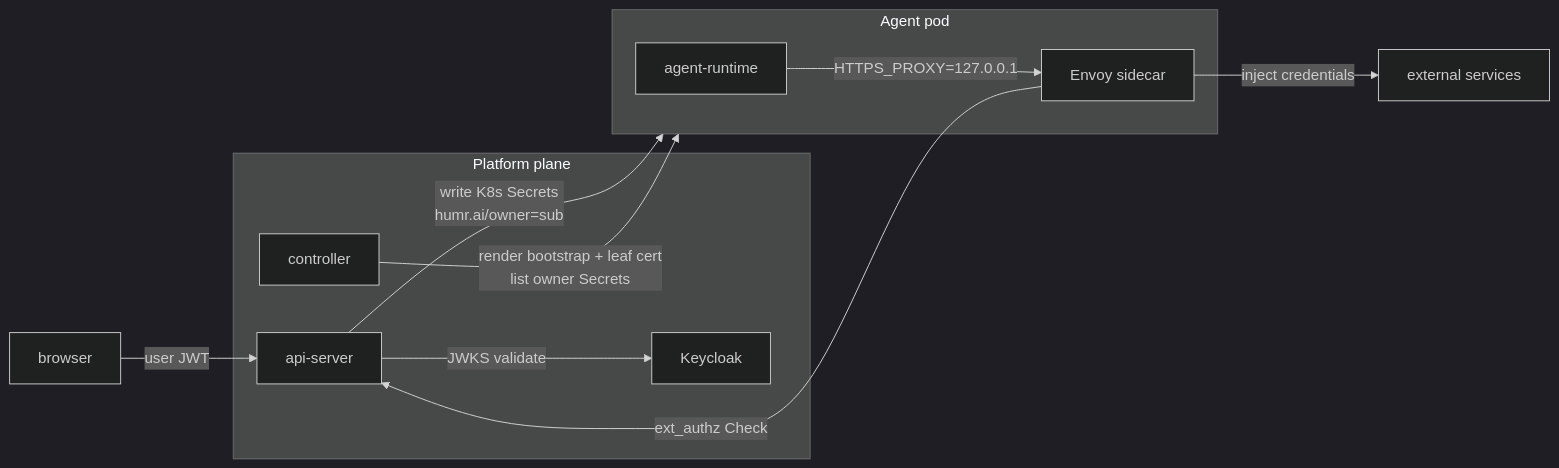
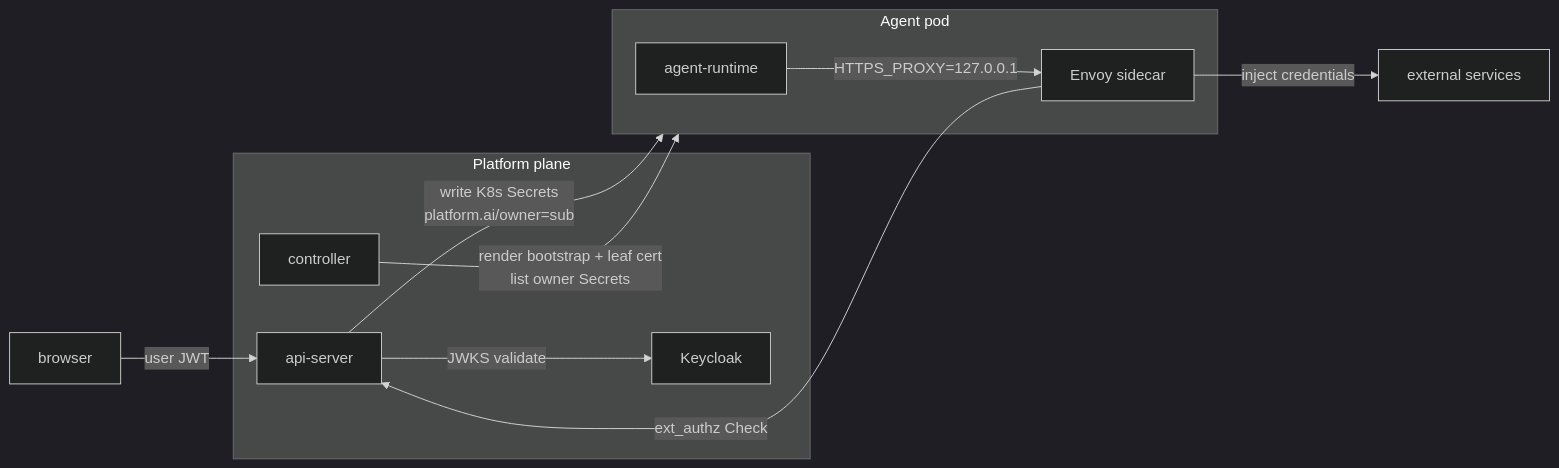
Before and after one commit to subbyte/dam: the diagram in docs/architecture/security-and-credentials.md, drawn with Mermaid (dark theme). The commit also changed other lines of this file and 272 other files, not shown here.

````diff
--- a/docs/architecture/security-and-credentials.md
+++ b/docs/architecture/security-and-credentials.md
@@ -40,27 +40,27 @@
 ```mermaid
 flowchart LR
   browser[browser]
 
   subgraph platform[Platform plane]
     api-server
     controller
     keycloak[Keycloak]
   end
 
   subgraph agentpod[Agent pod]
     agent-runtime
     envoy[Envoy sidecar]
   end
 
   external[external services]
 
   browser -->|user JWT| api-server
   api-server -->|JWKS validate| keycloak
 
-  api-server -->|write K8s Secrets<br/>humr.ai/owner=sub| agentpod
+  api-server -->|write K8s Secrets<br/>platform.ai/owner=sub| agentpod
   controller -->|render bootstrap + leaf cert<br/>list owner Secrets| agentpod
 
   agent-runtime -->|HTTPS_PROXY=127.0.0.1| envoy
   envoy -->|ext_authz Check| api-server
   envoy -->|inject credentials| external
 ```
````
